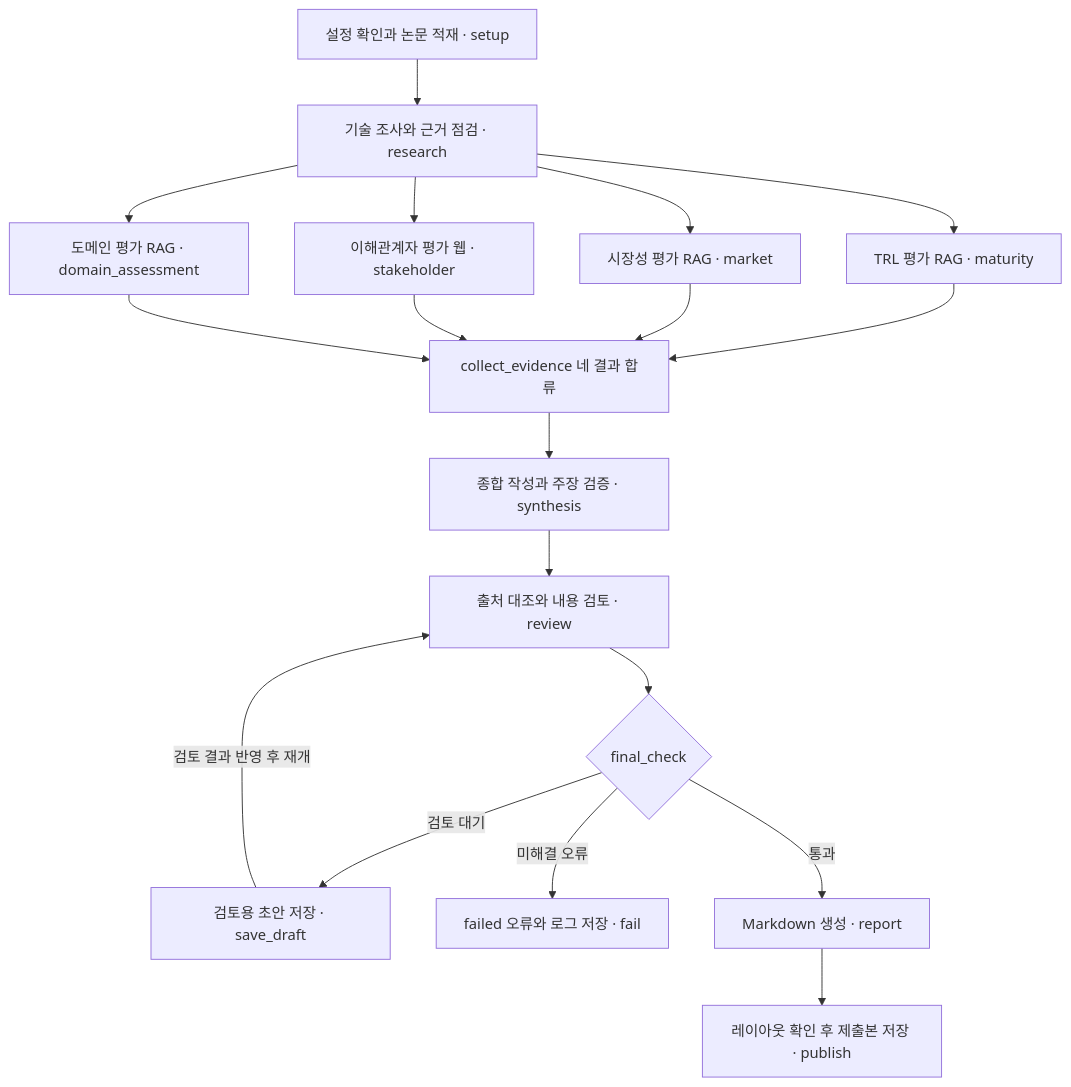
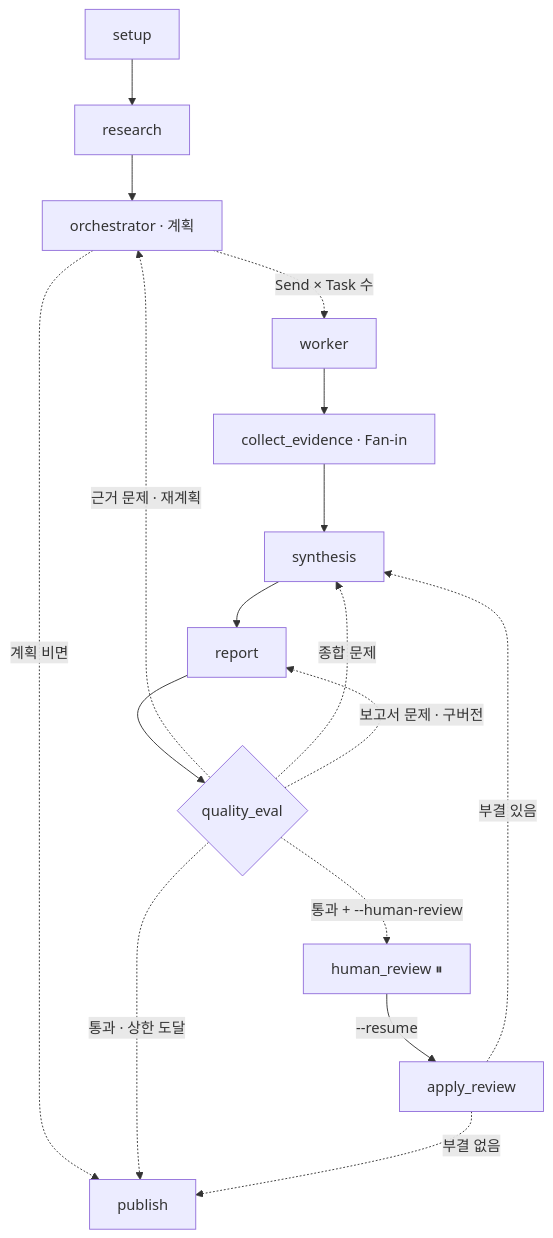
The diagram in README.md (MK513/kv-cache-rag), drawn with Mermaid before and after one commit. The commit also changed other lines of this file and 1 other file, not shown here.

````diff
--- a/README.md
+++ b/README.md
@@ -69,20 +163,19 @@
 ```mermaid
 flowchart TD
-  A[설정 확인과 논문 적재 · setup] --> B[기술 조사와 근거 점검 · research]
-  B --> T[TRL 평가 RAG · maturity]
-  B --> M[시장성 평가 RAG · market]
-  B --> S[이해관계자 평가 웹 · stakeholder]
-  B --> D[도메인 평가 RAG · domain_assessment]
-  T --> C[collect_evidence 네 결과 합류]
-  M --> C
-  S --> C
-  D --> C
-  C --> F[종합 작성과 주장 검증 · synthesis]
-  F --> R[출처 대조와 내용 검토 · review]
-  R --> V{final_check}
-  V -->|검토 대기| W[검토용 초안 저장 · save_draft]
-  W -->|검토 결과 반영 후 재개| R
-  V -->|미해결 오류| X[failed 오류와 로그 저장 · fail]
-  V -->|통과| G[Markdown 생성 · report]
-  G --> Z[레이아웃 확인 후 제출본 저장 · publish]
+  S[setup] --> R[research]
+  R --> O[orchestrator · 계획]
+  O -.->|Send × Task 수| W[worker]
+  O -.->|계획 비면| P
+  W --> C[collect_evidence · Fan-in]
+  C --> Y[synthesis]
+  Y --> G[report]
+  G --> Q{quality_eval}
+  Q -.->|근거 문제 · 재계획| O
+  Q -.->|종합 문제| Y
+  Q -.->|보고서 문제 · 구버전| G
+  Q -.->|통과 + --human-review| H[human_review ⏸]
+  Q -.->|통과 · 상한 도달| P[publish]
+  H -->|--resume| A[apply_review]
+  A -.->|부결 있음| Y
+  A -.->|부결 없음| P
 ```
````
